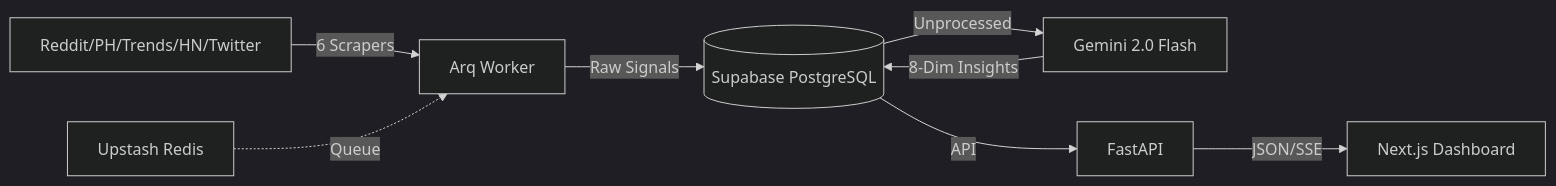
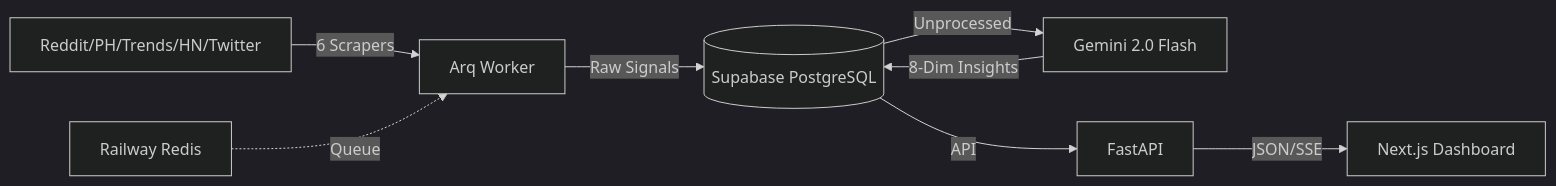
The diagram in README.md (Ascentia-Sandbox/StartInsight), drawn with Mermaid (dark theme) before and after one commit. The commit also changed other lines of this file and 3 other files, not shown here.

First line of the commit message:
docs: update memory-bank and README to reflect Railway Redis + scheduler fix

````diff
--- a/README.md
+++ b/README.md
@@ -118,10 +118,10 @@
 ```mermaid
 graph LR
     A[Reddit/PH/Trends/HN/Twitter] -->|6 Scrapers| B[Arq Worker]
     B -->|Raw Signals| C[(Supabase PostgreSQL)]
     C -->|Unprocessed| D[Gemini 2.0 Flash]
     D -->|8-Dim Insights| C
     C -->|API| E[FastAPI]
     E -->|JSON/SSE| F[Next.js Dashboard]
-    G[Upstash Redis] -.->|Queue| B
+    G[Railway Redis] -.->|Queue| B
 ```
````
